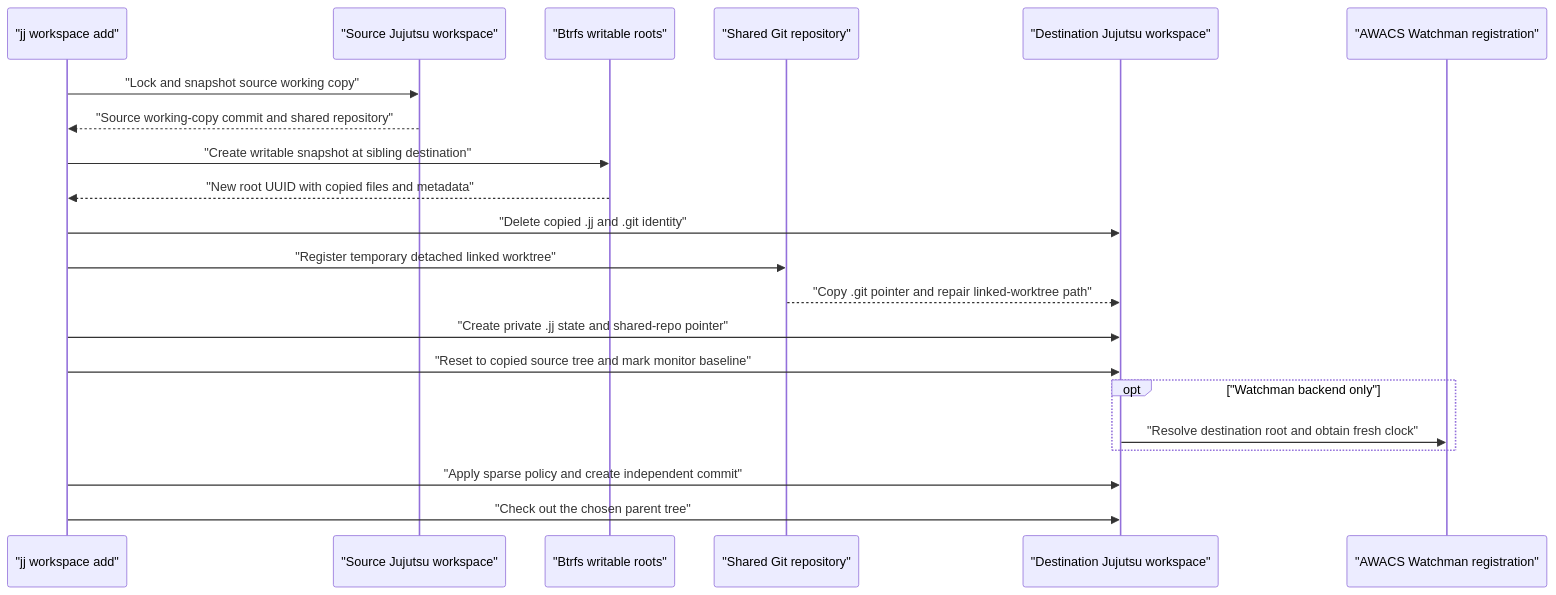
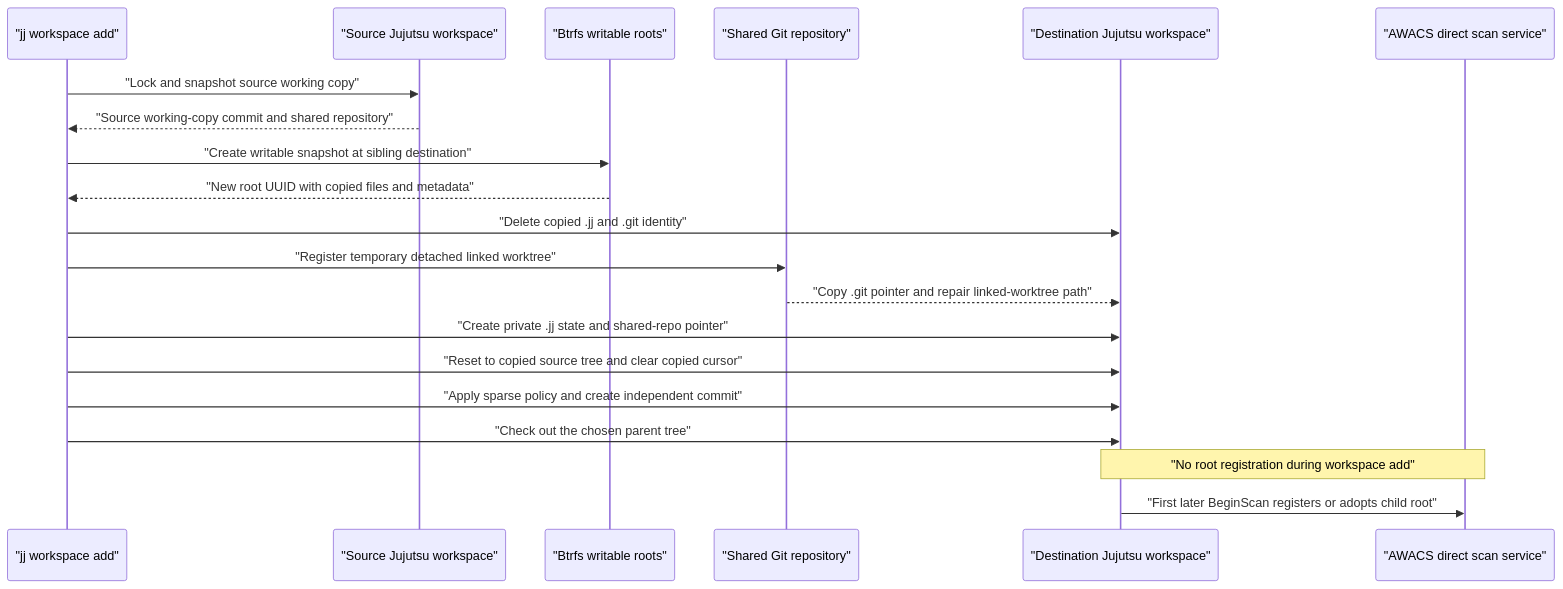
Before and after one commit to adamh-oai/jj: the first of 2 diagrams in btrfs-awacs/docs/src/content/docs/walkthroughs/new-snapshot-worktree.md, drawn with Mermaid. The commit also changed other lines of this file and 49 other files, not shown here.

Commit message:
btrfs-awacs: remove Watchman support

````diff
--- a/btrfs-awacs/docs/src/content/docs/walkthroughs/new-snapshot-worktree.md
+++ b/btrfs-awacs/docs/src/content/docs/walkthroughs/new-snapshot-worktree.md
@@ -62,24 +62,23 @@
 ```mermaid
 sequenceDiagram
     participant User as "jj workspace add"
     participant Source as "Source Jujutsu workspace"
     participant Btrfs as "Btrfs writable roots"
     participant Git as "Shared Git repository"
     participant Child as "Destination Jujutsu workspace"
-    participant Watch as "AWACS Watchman registration"
+    participant Scan as "AWACS direct scan service"
 
     User->>Source: "Lock and snapshot source working copy"
     Source-->>User: "Source working-copy commit and shared repository"
     User->>Btrfs: "Create writable snapshot at sibling destination"
     Btrfs-->>User: "New root UUID with copied files and metadata"
     User->>Child: "Delete copied .jj and .git identity"
     User->>Git: "Register temporary detached linked worktree"
     Git-->>Child: "Copy .git pointer and repair linked-worktree path"
     User->>Child: "Create private .jj state and shared-repo pointer"
-    User->>Child: "Reset to copied source tree and mark monitor baseline"
-    opt "Watchman backend only"
-        Child->>Watch: "Resolve destination root and obtain fresh clock"
-    end
+    User->>Child: "Reset to copied source tree and clear copied cursor"
     User->>Child: "Apply sparse policy and create independent commit"
     User->>Child: "Check out the chosen parent tree"
+    Note over Child,Scan: "No root registration during workspace add"
+    Child->>Scan: "First later BeginScan registers or adopts child root"
 ```
````
